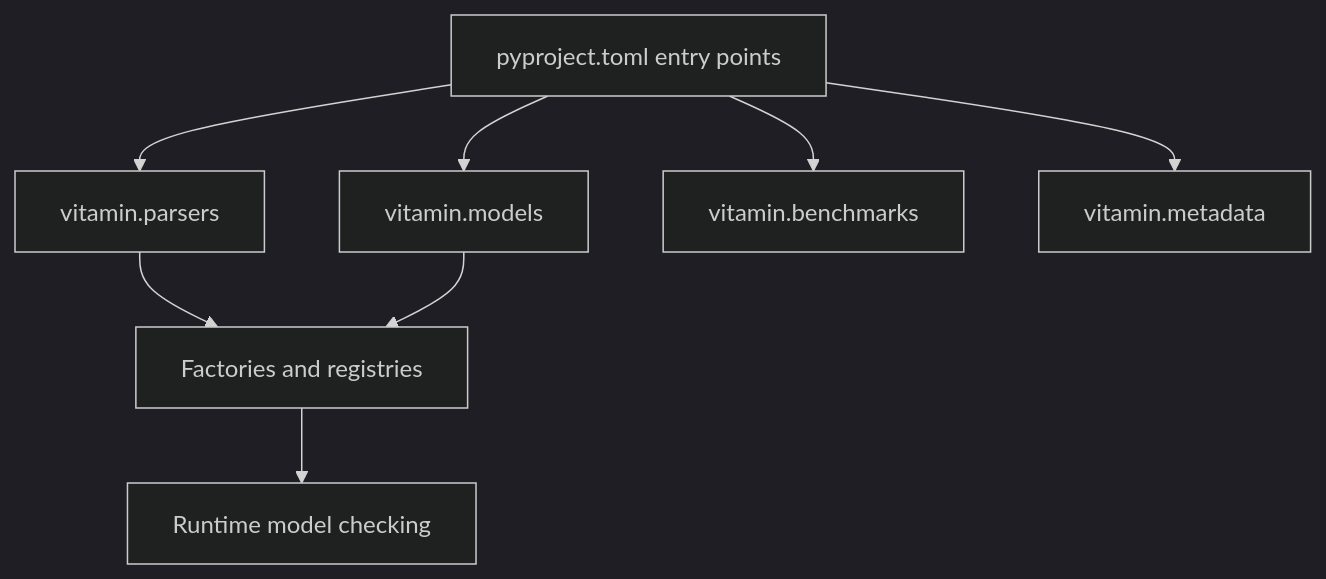
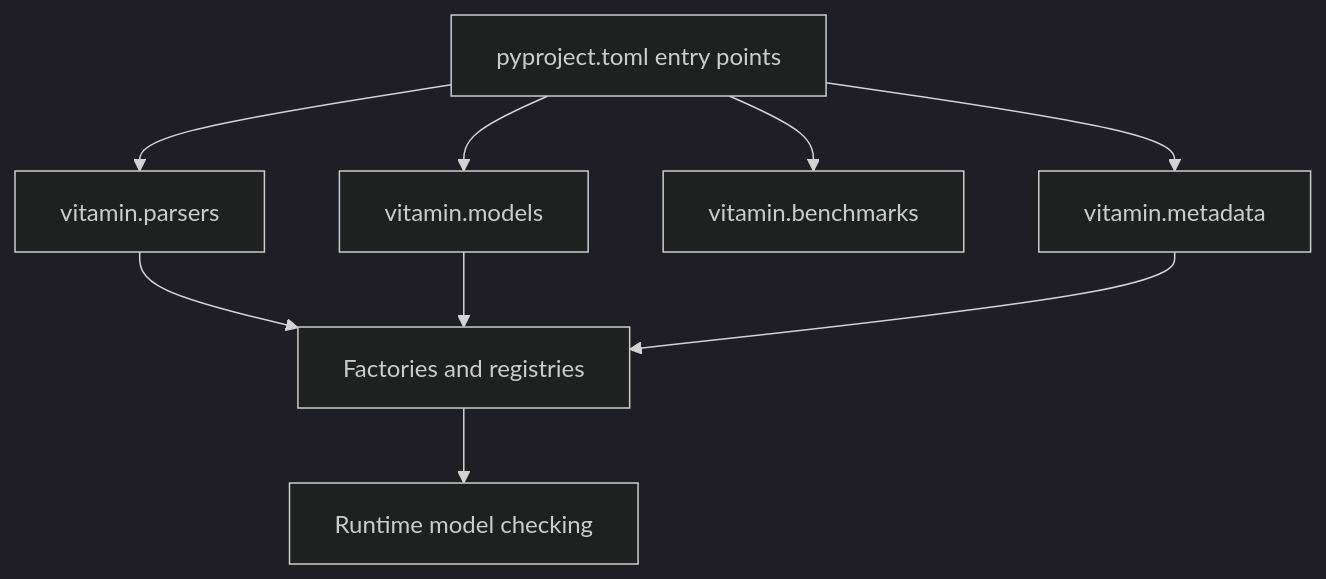
One commit to VITAMIN-organisation/vitamin-model-checker changed the second of 3 diagrams in docs/guides/architecture.md. Above: the diagram before and after it, drawn with Mermaid (dark theme). The commit also changed other lines of this file and 7 other files, not shown here.

````diff
--- a/docs/guides/architecture.md
+++ b/docs/guides/architecture.md
@@ -127,16 +155,16 @@
 ```mermaid
 flowchart TB
     pyproject["pyproject.toml entry points"]
     parserGroup["vitamin.parsers"]
     modelGroup["vitamin.models"]
     benchmarkGroup["vitamin.benchmarks"]
     metadataGroup["vitamin.metadata"]
     factory["Factories and registries"]
     runtime["Runtime model checking"]
 
     pyproject --> parserGroup --> factory
     pyproject --> modelGroup --> factory
     pyproject --> benchmarkGroup
-    pyproject --> metadataGroup
+    pyproject --> metadataGroup --> factory
     factory --> runtime
 ```
````
